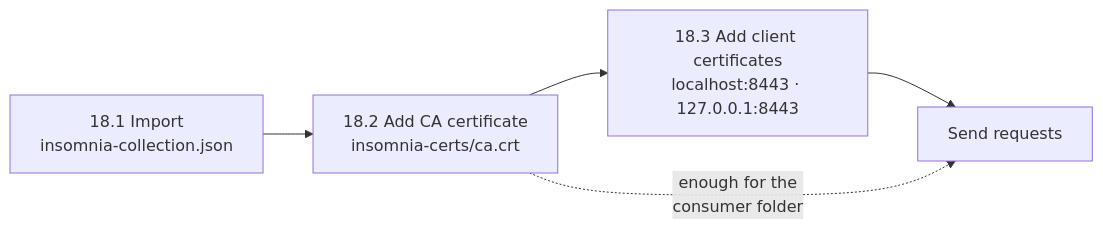
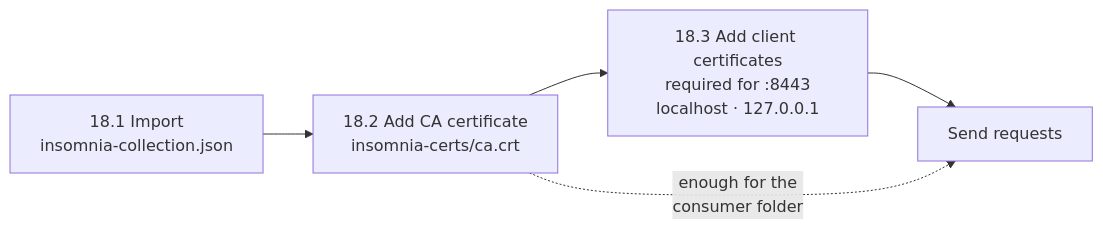
One commit to himnay/learning-mtls changed diagram 24 of 24 in README.md. Above: the diagram before and after it, drawn with Mermaid. The commit also changed other lines of this file, not shown here.

First line of the commit message:
docs: explain Insomnia client-certificate setup for producer calls

````diff
--- a/README.md
+++ b/README.md
@@ -1100,7 +1100,7 @@
 ```mermaid
 flowchart LR
     A["18.1 Import<br/>insomnia-collection.json"] --> B["18.2 Add CA certificate<br/>insomnia-certs/ca.crt"]
-    B --> C["18.3 Add client certificates<br/>localhost:8443 · 127.0.0.1:8443"]
+    B --> C["18.3 Add client certificates<br/>required for :8443<br/>localhost · 127.0.0.1"]
     C --> D["Send requests"]
     B -. "enough for the<br/>consumer folder" .-> D
 ```
````
